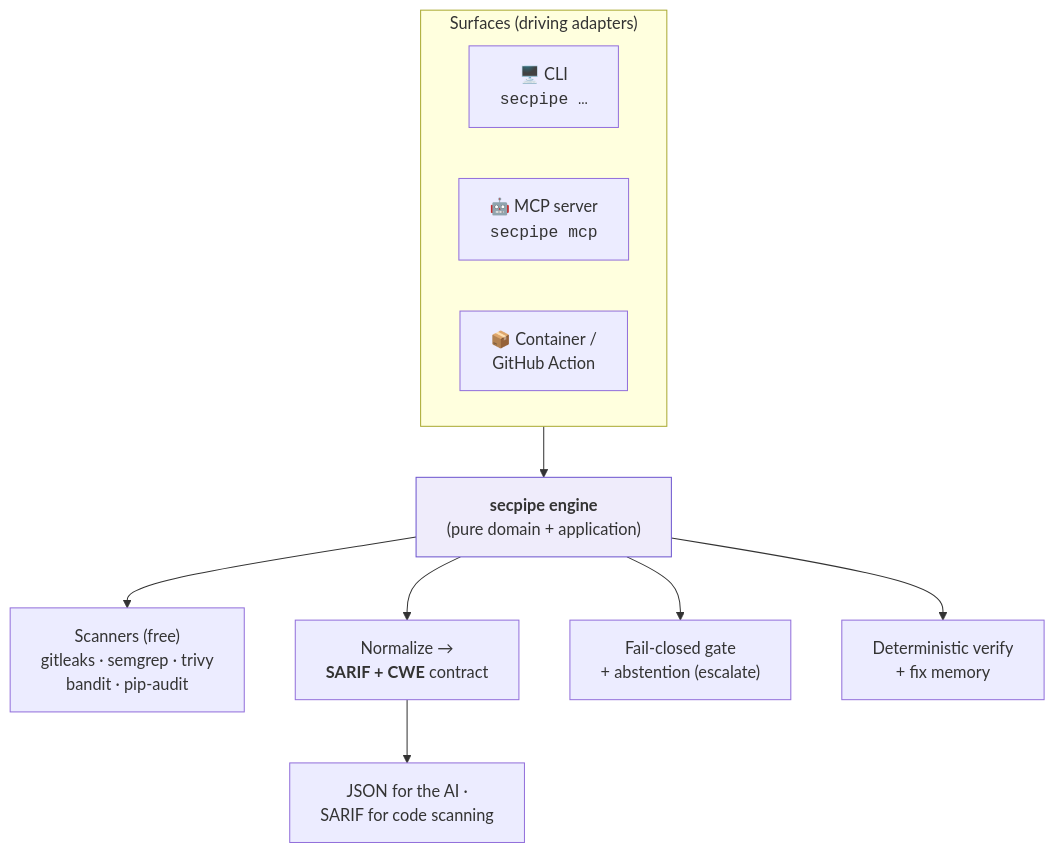
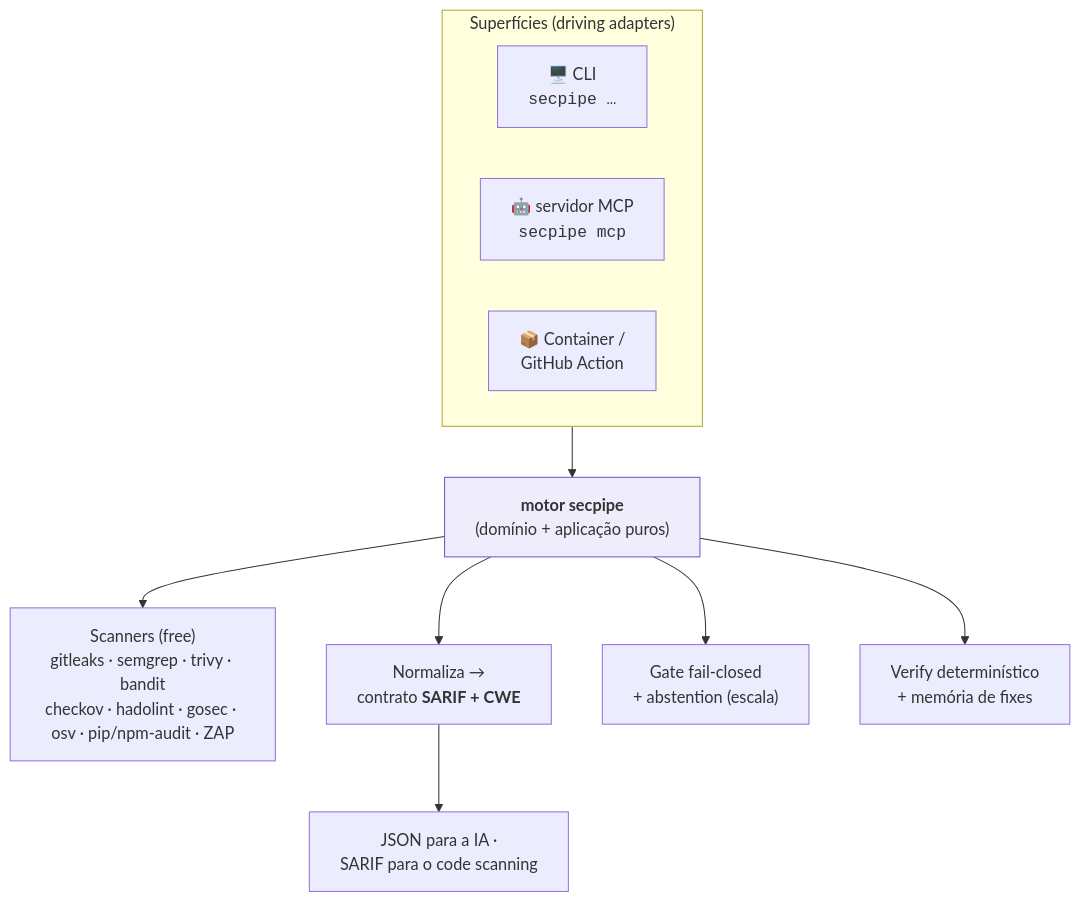
Before and after one commit to pablodlz/secpipe-ai: the second of 5 diagrams in README.md, drawn with Mermaid. The commit also changed other lines of this file, not shown here.

Commit message:
docs(readme): traduz o README para português (v0.6.0) (#34)

````diff
--- a/README.md
+++ b/README.md
@@ -185,16 +186,16 @@
 ```mermaid
 flowchart TB
-    subgraph S["Surfaces (driving adapters)"]
+    subgraph S["Superfícies (driving adapters)"]
         CLI["🖥️ CLI<br/><code>secpipe …</code>"]
-        MCP["🤖 MCP server<br/><code>secpipe mcp</code>"]
+        MCP["🤖 servidor MCP<br/><code>secpipe mcp</code>"]
         IMG["📦 Container /<br/>GitHub Action"]
     end
-    S --> ENG["<b>secpipe engine</b><br/>(pure domain + application)"]
-    ENG --> SCAN["Scanners (free)<br/>gitleaks · semgrep · trivy<br/>bandit · pip-audit"]
-    ENG --> NORM["Normalize →<br/><b>SARIF + CWE</b> contract"]
-    ENG --> GATE["Fail-closed gate<br/>+ abstention (escalate)"]
-    ENG --> VER["Deterministic verify<br/>+ fix memory"]
-    NORM --> OUT["JSON for the AI ·<br/>SARIF for code scanning"]
+    S --> ENG["<b>motor secpipe</b><br/>(domínio + aplicação puros)"]
+    ENG --> SCAN["Scanners (free)<br/>gitleaks · semgrep · trivy · bandit<br/>checkov · hadolint · gosec · osv · pip/npm-audit · ZAP"]
+    ENG --> NORM["Normaliza →<br/>contrato <b>SARIF + CWE</b>"]
+    ENG --> GATE["Gate fail-closed<br/>+ abstention (escala)"]
+    ENG --> VER["Verify determinístico<br/>+ memória de fixes"]
+    NORM --> OUT["JSON para a IA ·<br/>SARIF para o code scanning"]
     classDef eng fill:#efecfb,stroke:#6E56CF;
     class ENG eng;
 ```
````
